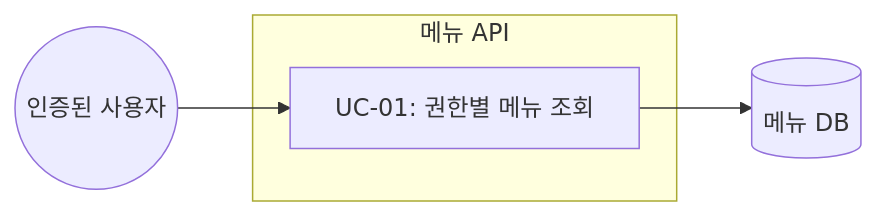
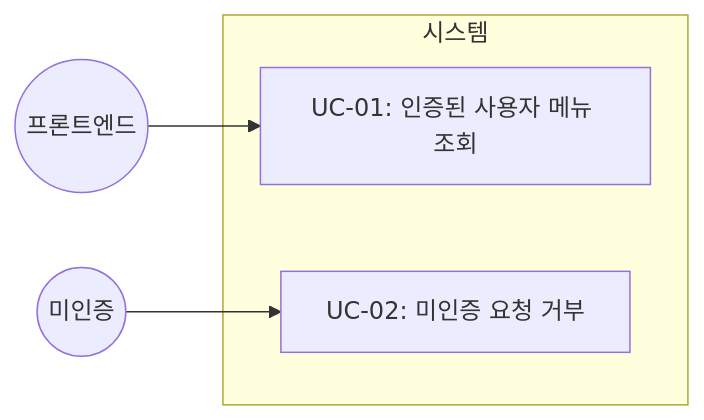
The first of 2 diagrams in .orchay/projects/mes-portal/tasks/TSK-03-03/010-design.md (jongik-sv/mes-poc), drawn with Mermaid before and after one commit. The commit also changed other lines of this file and 3 other files, not shown here.

````diff
--- a/.orchay/projects/mes-portal/tasks/TSK-03-03/010-design.md
+++ b/.orchay/projects/mes-portal/tasks/TSK-03-03/010-design.md
@@ -92,9 +96,10 @@
 ```mermaid
 flowchart LR
-    subgraph 메뉴 API
-        UC01[UC-01: 권한별 메뉴 조회]
+    subgraph 시스템
+        UC01[UC-01: 인증된 사용자 메뉴 조회]
+        UC02[UC-02: 미인증 요청 거부]
     end
 
-    사용자((인증된 사용자)) --> UC01
-    UC01 --> DB[(메뉴 DB)]
+    Frontend((프론트엔드)) --> UC01
+    Guest((미인증)) --> UC02
 ```
````
